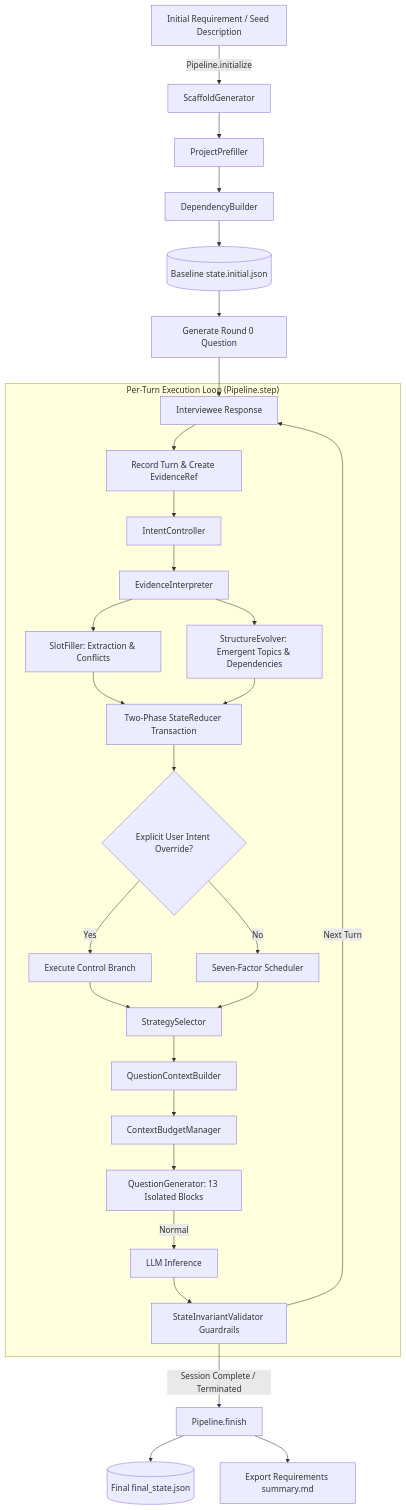
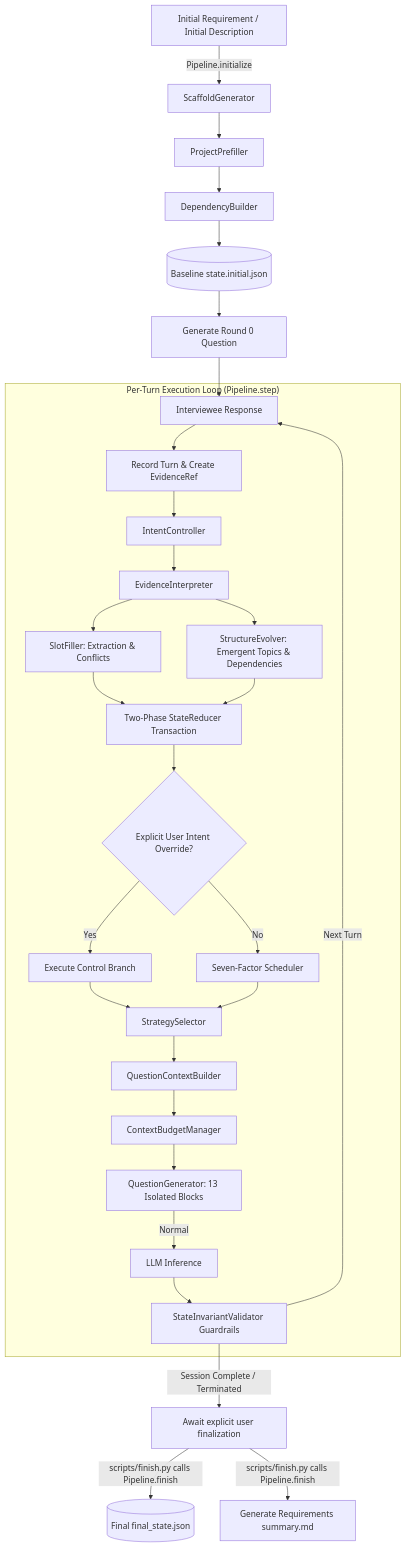
Before and after one commit to EchoAran/requirements_interview_fse: the diagram in README.md, drawn with Mermaid. The commit also changed other lines of this file and 18 other files, not shown here.

````diff
--- a/README.md
+++ b/README.md
@@ -48,33 +48,33 @@
 ```mermaid
 flowchart TD
-    A[Initial Requirement / Seed Description] -->|Pipeline.initialize| B[ScaffoldGenerator]
+    A[Initial Requirement / Initial Description] -->|Pipeline.initialize| B[ScaffoldGenerator]
     B --> C[ProjectPrefiller]
     C --> D[DependencyBuilder]
     D --> E[(Baseline state.initial.json)]
 
     E --> F[Generate Round 0 Question]
     F --> G[Interviewee Response]
 
     subgraph "Per-Turn Execution Loop (Pipeline.step)"
         G --> H[Record Turn & Create EvidenceRef]
         H --> I[IntentController]
         I --> J[EvidenceInterpreter]
         J --> K[SlotFiller: Extraction & Conflicts]
         J --> L[StructureEvolver: Emergent Topics & Dependencies]
         K & L --> M[Two-Phase StateReducer Transaction]
         M --> N{Explicit User Intent Override?}
         N -- Yes --> O[Execute Control Branch]
         N -- No --> P[Seven-Factor Scheduler]
         O & P --> Q[StrategySelector]
         Q --> R[QuestionContextBuilder]
         R --> S[ContextBudgetManager]
         S --> T[QuestionGenerator: 13 Isolated Blocks]
         T -->|Normal| V[LLM Inference]
         V --> W[StateInvariantValidator Guardrails]
     end
 
     W -->|Next Turn| G
-    W -->|Session Complete / Terminated| X[Pipeline.finish]
-    X --> Y[(Final final_state.json)]
-    X --> Z[Export Requirements summary.md]
+    W -->|Session Complete / Terminated| X[Await explicit user finalization]
+    X -->|scripts/finish.py calls Pipeline.finish| Y[(Final final_state.json)]
+    X -->|scripts/finish.py calls Pipeline.finish| Z[Generate Requirements summary.md]
 ```
````
